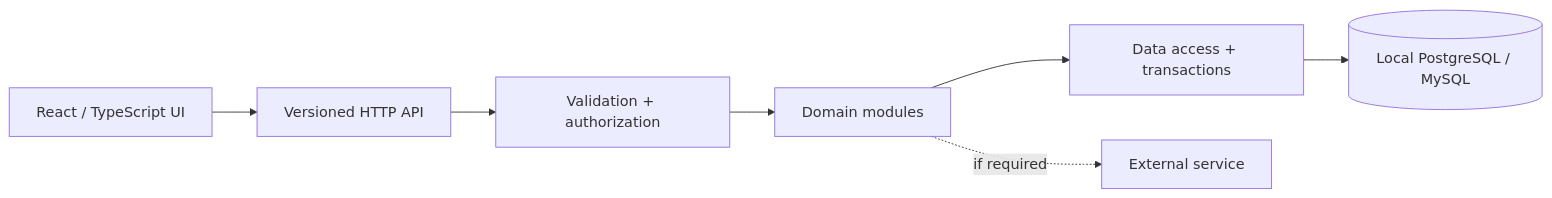
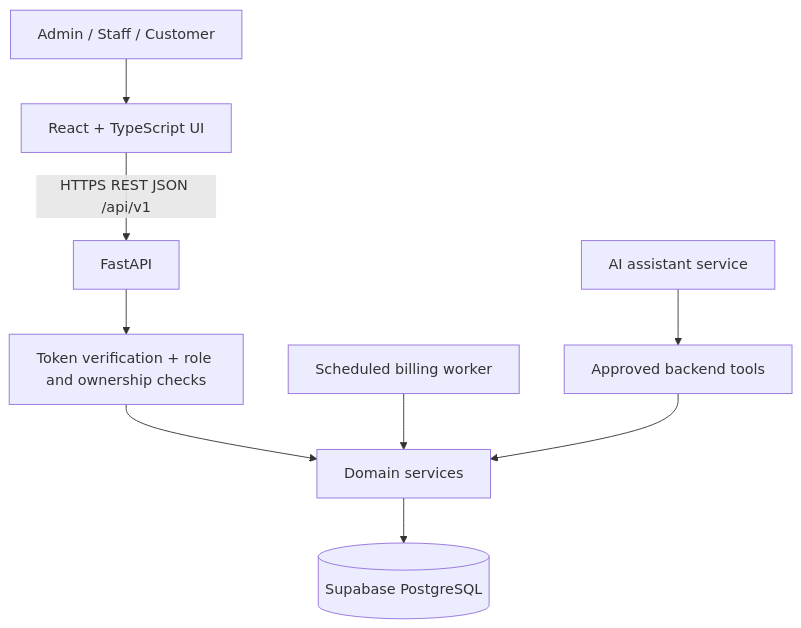
One commit to ChVramaraju/odoo-hackathon-2026 changed the diagram in ARCHITECTURE.md. Above: the diagram before and after it, drawn with Mermaid. The commit also changed other lines of this file, not shown here.

````diff
--- a/ARCHITECTURE.md
+++ b/ARCHITECTURE.md
@@ -29,9 +17,11 @@
 ```mermaid
-flowchart LR
-  UI[React / TypeScript UI] --> API[Versioned HTTP API]
-  API --> AUTH[Validation + authorization]
-  AUTH --> DOMAIN[Domain modules]
-  DOMAIN --> DATA[Data access + transactions]
-  DATA --> DB[(Local PostgreSQL / MySQL)]
-  DOMAIN -. if required .-> EXT[External service]
+flowchart TD
+  U[Admin / Staff / Customer] --> FE[React + TypeScript UI]
+  FE -->|HTTPS REST JSON /api/v1| API[FastAPI]
+  API --> AUTH[Token verification + role and ownership checks]
+  AUTH --> SVC[Domain services]
+  SVC --> DB[(Supabase PostgreSQL)]
+  WORKER[Scheduled billing worker] --> SVC
+  CHAT[AI assistant service] --> TOOLS[Approved backend tools]
+  TOOLS --> SVC
 ```
````
